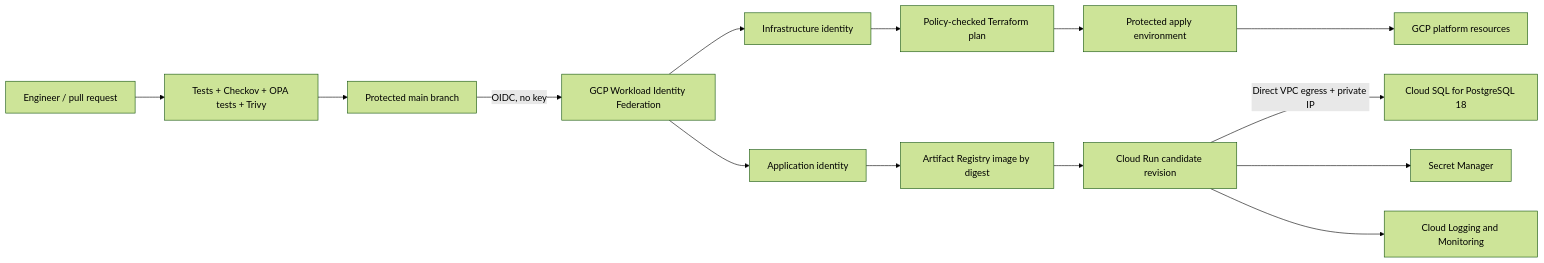
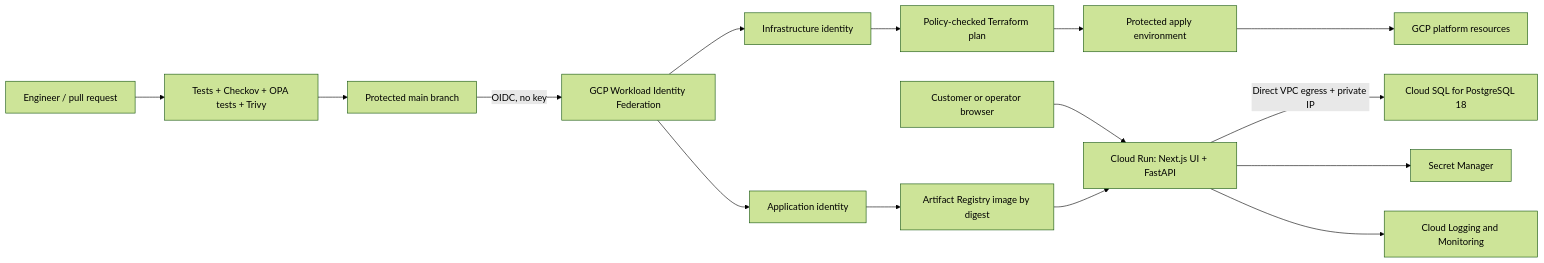
Before and after one commit to lucien95/signaldesk-cloud-launch: the diagram in README.md, drawn with Mermaid (forest theme). The commit also changed other lines of this file and 30 other files, not shown here.

````diff
--- a/README.md
+++ b/README.md
@@ -27,16 +29,17 @@
 ```mermaid
 flowchart LR
+    CUSTOMER["Customer or operator browser"] --> CR
     DEV["Engineer / pull request"] --> GATES["Tests + Checkov + OPA tests + Trivy"]
     GATES --> MAIN["Protected main branch"]
     MAIN -->|"OIDC, no key"| WIF["GCP Workload Identity Federation"]
     WIF --> TF["Infrastructure identity"]
     WIF --> APP["Application identity"]
     TF --> PLAN["Policy-checked Terraform plan"]
     PLAN --> APPROVAL["Protected apply environment"]
     APPROVAL --> GCP["GCP platform resources"]
     APP --> AR["Artifact Registry image by digest"]
-    AR --> CR["Cloud Run candidate revision"]
+    AR --> CR["Cloud Run: Next.js UI + FastAPI"]
     CR -->|"Direct VPC egress + private IP"| SQL["Cloud SQL for PostgreSQL 18"]
     CR --> SM["Secret Manager"]
     CR --> LOG["Cloud Logging and Monitoring"]
 ```
````
